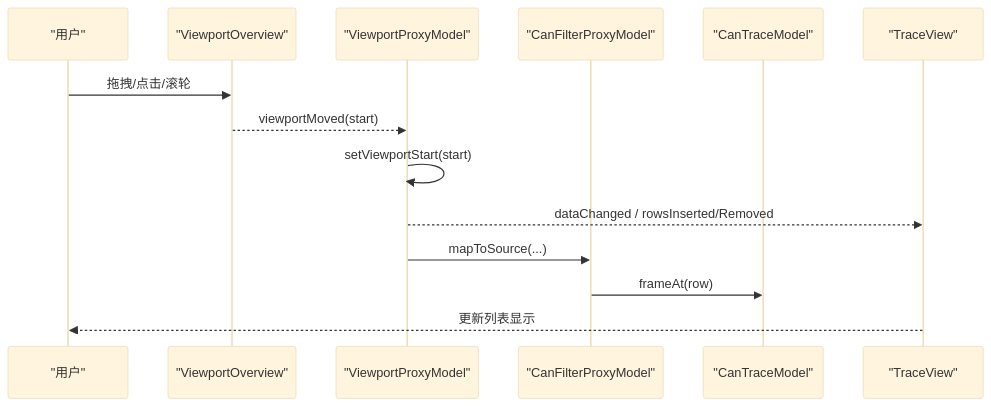
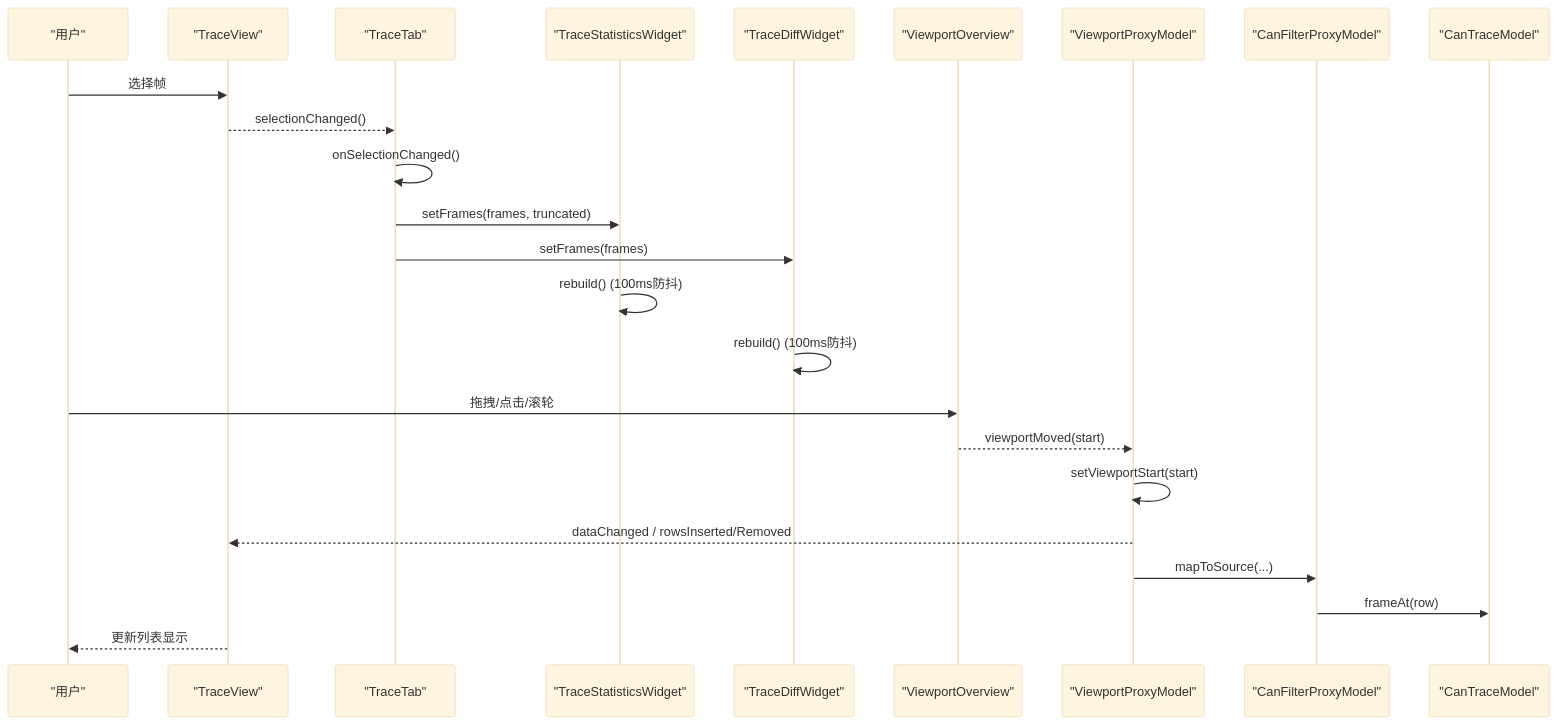
The second of 8 diagrams in .qoder/repowiki/zh/content/架构设计/UI系统设计/跟踪视图视口概览.md (jakecai1225-design/OpenBus), drawn with Mermaid (base theme) before and after one commit. The commit also changed other lines of this file and 22 other files, not shown here.

Commit message:
trace graphic

````diff
--- a/.qoder/repowiki/zh/content/架构设计/UI系统设计/跟踪视图视口概览.md
+++ b/.qoder/repowiki/zh/content/架构设计/UI系统设计/跟踪视图视口概览.md
@@ -109,16 +119,26 @@
 ```mermaid
 sequenceDiagram
 participant User as "用户"
+participant TV as "TraceView"
+participant TT as "TraceTab"
+participant TSW as "TraceStatisticsWidget"
+participant TDW as "TraceDiffWidget"
 participant VO as "ViewportOverview"
 participant VPM as "ViewportProxyModel"
 participant CFPM as "CanFilterProxyModel"
 participant CTM as "CanTraceModel"
-participant TV as "TraceView"
+User->>TV : 选择帧
+TV-->>TT : selectionChanged()
+TT->>TT : onSelectionChanged()
+TT->>TSW : setFrames(frames, truncated)
+TT->>TDW : setFrames(frames)
+TSW->>TSW : rebuild() (100ms防抖)
+TDW->>TDW : rebuild() (100ms防抖)
 User->>VO : 拖拽/点击/滚轮
 VO-->>VPM : viewportMoved(start)
 VPM->>VPM : setViewportStart(start)
 VPM-->>TV : dataChanged / rowsInserted/Removed
 VPM->>CFPM : mapToSource(...)
 CFPM->>CTM : frameAt(row)
 TV-->>User : 更新列表显示
 ```
````
